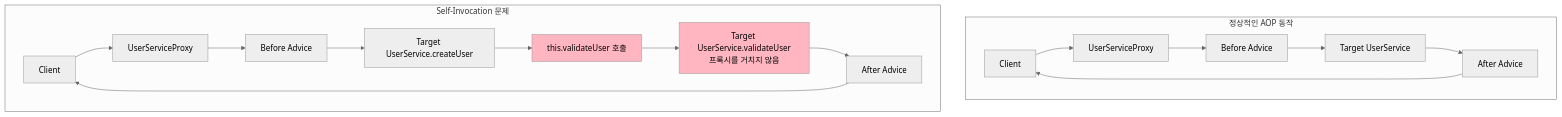
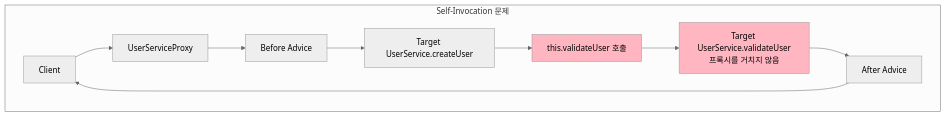
Before and after one commit to schooldevops/interview-spring-java-kotlin: the seventh of 11 diagrams in 02.AOP.md, drawn with Mermaid (neutral theme). The commit also changed other lines of this file, not shown here.

Commit message:
add aop proxy issue

````diff
--- a/02.AOP.md
+++ b/02.AOP.md
@@ -618,23 +629,16 @@
 ```mermaid
 graph TB
-    subgraph "정상적인 AOP 동작"
-        A[Client] --> B[UserServiceProxy]
-        B --> C[Before Advice]
-        C --> D[Target UserService]
-        D --> E[After Advice]
-        E --> A
-    end
-    
+
     subgraph "Self-Invocation 문제"
         F[Client] --> G[UserServiceProxy]
         G --> H[Before Advice]
         H --> I[Target UserService.createUser]
         I --> J[this.validateUser 호출]
         J --> K[Target UserService.validateUser<br/>프록시를 거치지 않음]
         K --> L[After Advice]
         L --> F
     end
     
     style K fill:#FFB6C1
     style J fill:#FFB6C1
 ```
````
